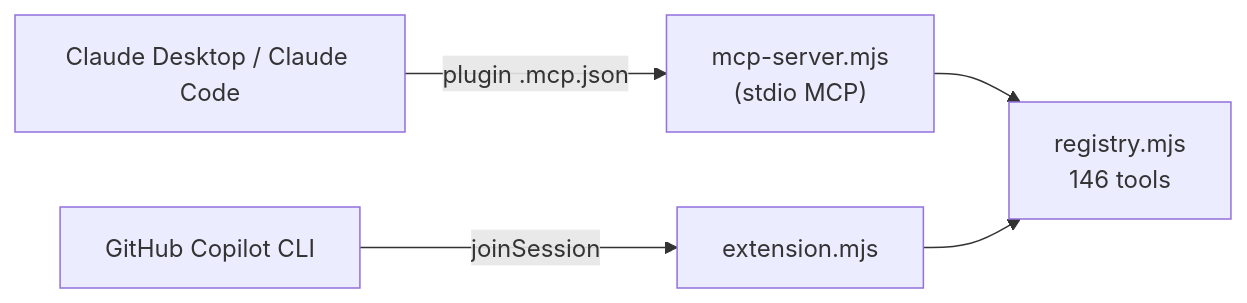
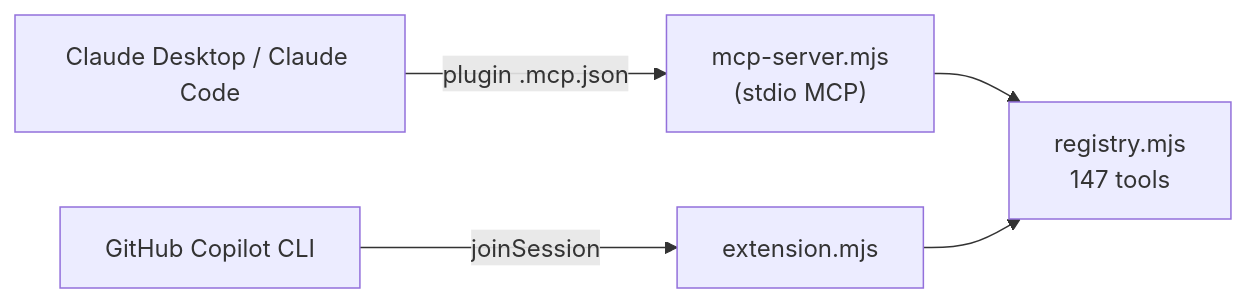
The second of 2 diagrams in README.md (dmauser/money-desk), drawn with Mermaid before and after one commit. The commit also changed other lines of this file and 84 other files, not shown here.

````diff
--- a/README.md
+++ b/README.md
@@ -816,7 +832,7 @@
 ```mermaid
 flowchart LR
     C[Claude Desktop / Claude Code] -->|plugin .mcp.json| S["mcp-server.mjs<br/>(stdio MCP)"]
     P[GitHub Copilot CLI] -->|joinSession| E[extension.mjs]
-    S --> R[registry.mjs<br/>146 tools]
+    S --> R[registry.mjs<br/>147 tools]
     E --> R
 ```
````
